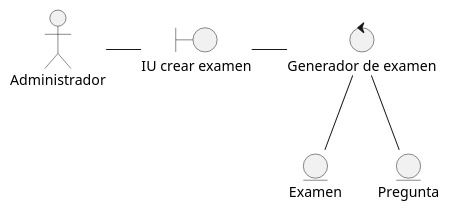
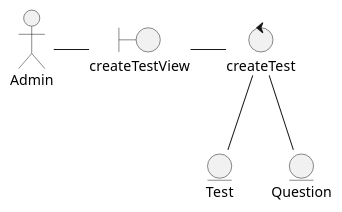
Before and after one commit to MiguelCiav/Uhuru: the diagram in docs/logicalView/analisysView/classAnalisys/clase_analisis_CU1.plantuml, drawn with PlantUML. The commit also changed 23 other files, not shown here.

Commit message:
Correción de diagrama de casos de análisis

```diff
--- a/docs/logicalView/analisysView/classAnalisys/clase_analisis_CU1.plantuml
+++ b/docs/logicalView/analisysView/classAnalisys/clase_analisis_CU1.plantuml
@@ -1,14 +1,14 @@
 @startuml clase_analisis 
 
-actor Administrador
-boundary "IU crear examen" as crear_examen
-control "Generador de examen" as controlador 
-entity Examen as publicar_examen 
-entity Pregunta as añadir_pregunta
+actor Admin as Administrador
+boundary "createTestView" as crear_examen
+control "createTest" as controlador
+entity Test as publicar_examen
+entity Question as añadir_pregunta
 
 Administrador -r- crear_examen
 crear_examen -r- controlador
 controlador -- añadir_pregunta
 controlador -- publicar_examen
 
 @enduml
```
